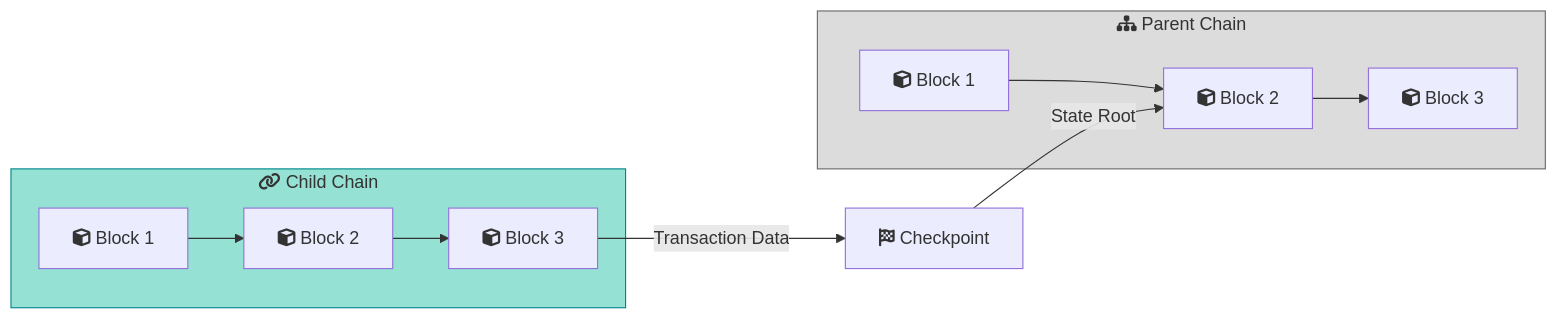
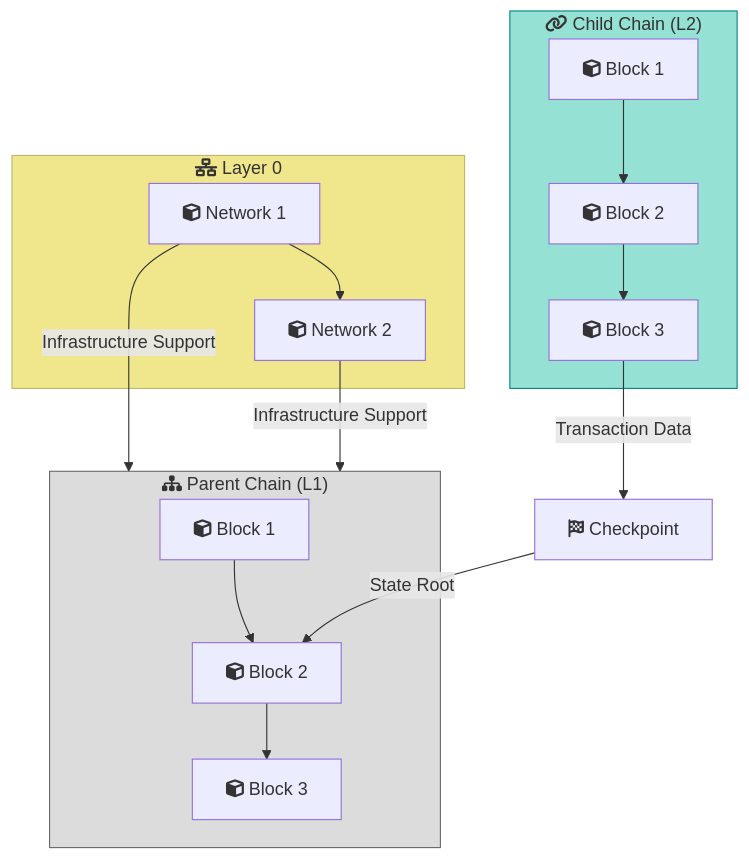
Diagram 25 of 30 in _posts/2024-07-06-blockchain-for-dummies.md (kelvin-bz/blog), drawn with Mermaid before and after one commit. The commit also changed other lines of this file, not shown here.

````diff
--- a/_posts/2024-07-06-blockchain-for-dummies.md
+++ b/_posts/2024-07-06-blockchain-for-dummies.md
@@ -1034,22 +1034,31 @@
 ```mermaid
-graph LR
-    subgraph ChildChain["fa:fa-link Child Chain"]
+graph 
+    subgraph Layer0["fa:fa-network-wired Layer 0"]
+        style Layer0 fill:#F0E68C,stroke:#BDB76B
+        Layer0Network1["fa:fa-cube Network 1"]
+        Layer0Network2["fa:fa-cube Network 2"]
+        Layer0Network1 --> Layer0Network2
+    end
+
+    subgraph ParentChain["fa:fa-sitemap Parent Chain (L1)"]
+        style ParentChain fill:#DCDCDC,stroke:#696969
+        ParentBlock1["fa:fa-cube Block 1"]
+        ParentBlock2["fa:fa-cube Block 2"]
+        ParentBlock3["fa:fa-cube Block 3"]
+        ParentBlock1 --> ParentBlock2 --> ParentBlock3
+    end
+
+    subgraph ChildChain["fa:fa-link Child Chain (L2)"]
         style ChildChain fill:#95E1D3,stroke:#00868B
         ChildBlock1["fa:fa-cube Block 1"]
         ChildBlock2["fa:fa-cube Block 2"]
         ChildBlock3["fa:fa-cube Block 3"]
         ChildBlock1 --> ChildBlock2 --> ChildBlock3
     end
 
-    subgraph ParentChain["fa:fa-sitemap Parent Chain"]
-        style ParentChain fill:#DCDCDC,stroke:#696969
-        ParentBlock1["fa:fa-cube Block 1"]
-        ParentBlock2["fa:fa-cube Block 2"]
-        ParentBlock3["fa:fa-cube Block 3"]
-        ParentBlock1 --> ParentBlock2 --> ParentBlock3
-    end
-
+    Layer0Network1 --> |"Infrastructure Support"| ParentChain
+    Layer0Network2 --> |"Infrastructure Support"| ParentChain
     ChildBlock3 --> |"Transaction Data"| Checkpoint["fa:fa-flag-checkered Checkpoint"]
     Checkpoint --> |"State Root"| ParentBlock2
 
 ```
````
